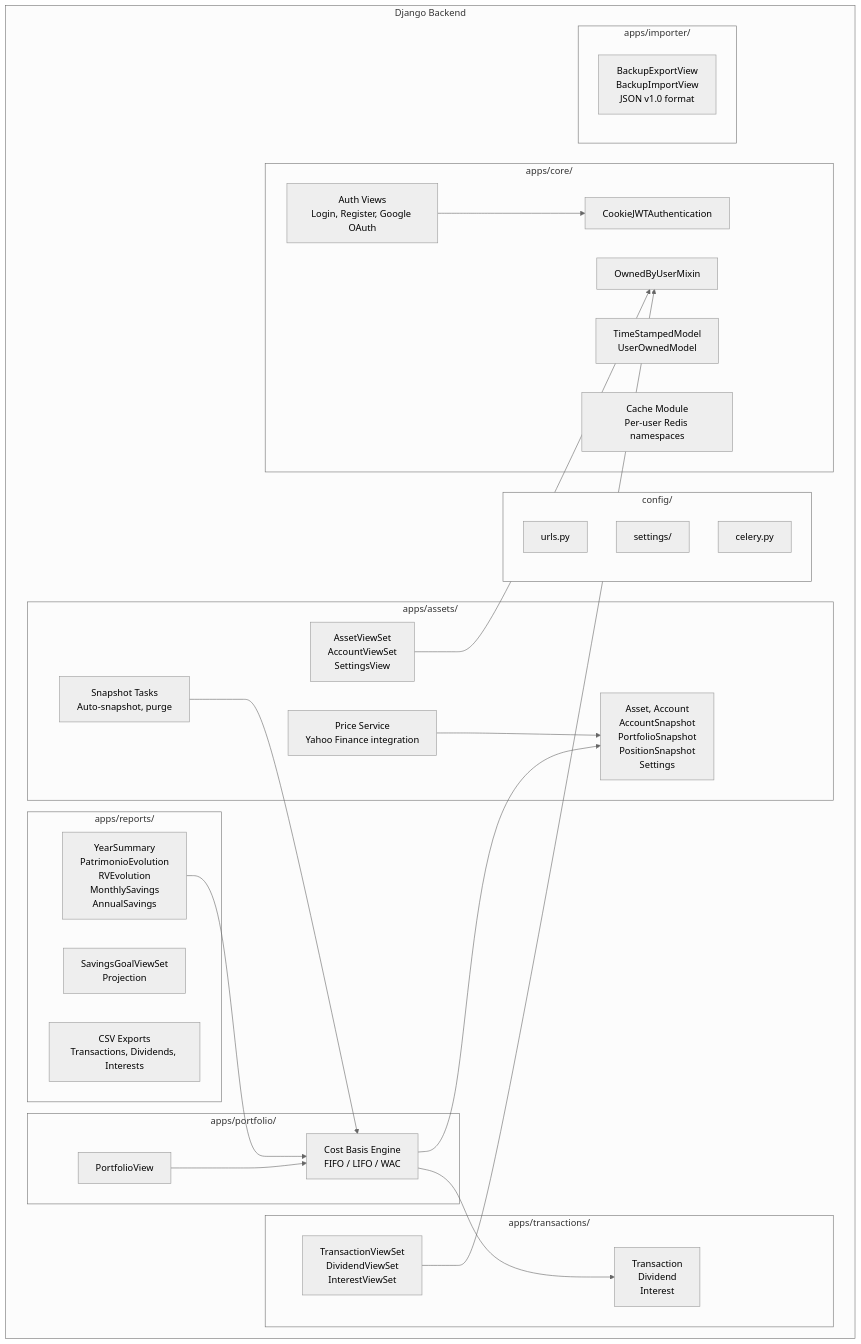
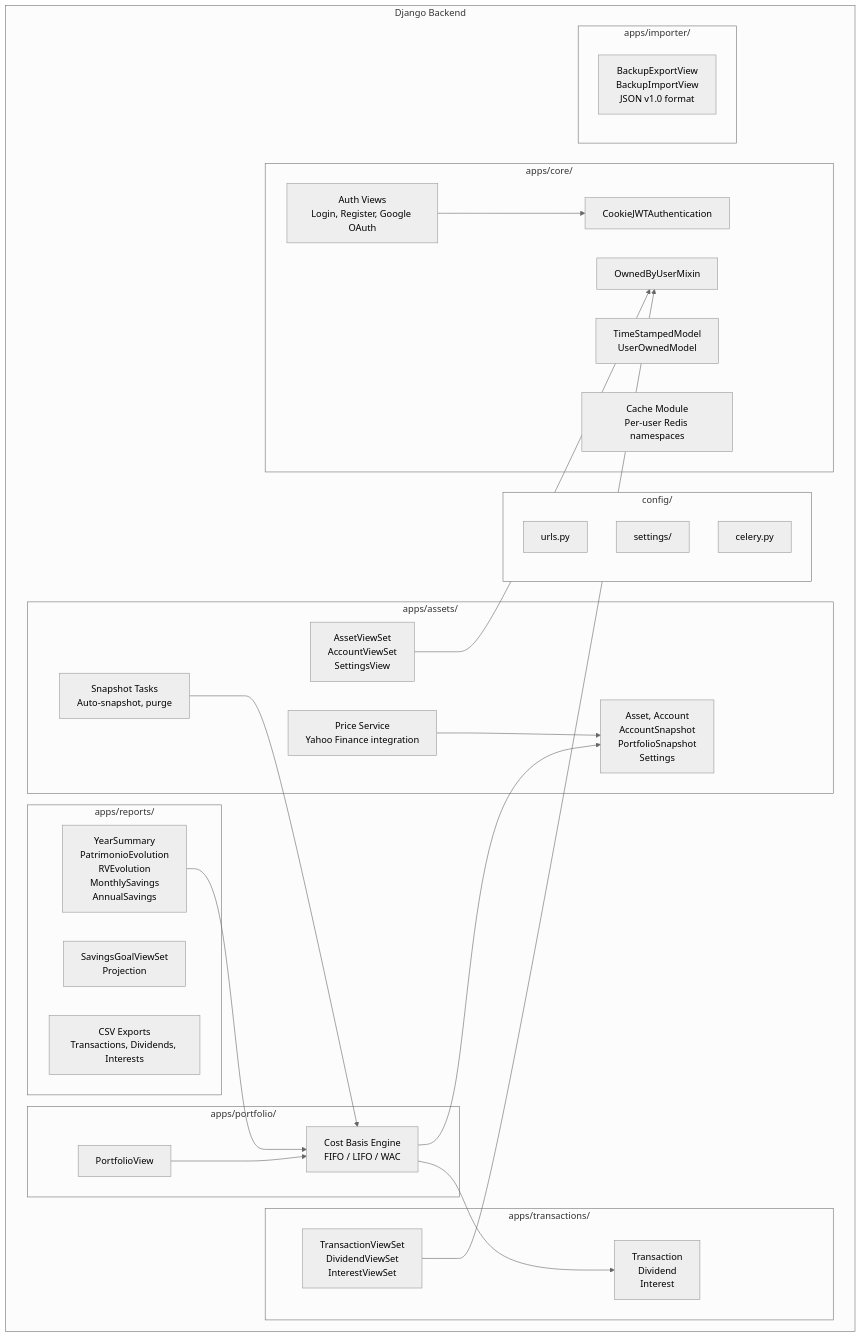
Before and after one commit to Gonzalez8/Fintrack: the third of 9 diagrams in docs/architecture.md, drawn with Mermaid (neutral theme). The commit also changed other lines of this file and 4 other files, not shown here.

````diff
--- a/docs/architecture.md
+++ b/docs/architecture.md
@@ -98,55 +98,55 @@
 ```mermaid
 graph TB
     subgraph "Django Backend"
         subgraph "config/"
             urls[urls.py]
             settings[settings/]
             celery_app[celery.py]
         end
 
         subgraph "apps/core/"
             auth_views[Auth Views<br/>Login, Register, Google OAuth]
             cookie_auth[CookieJWTAuthentication]
             mixins[OwnedByUserMixin]
             base_models[TimeStampedModel<br/>UserOwnedModel]
             cache_mod[Cache Module<br/>Per-user Redis namespaces]
         end
 
         subgraph "apps/assets/"
-            asset_models[Asset, Account<br/>AccountSnapshot<br/>PortfolioSnapshot<br/>PositionSnapshot<br/>Settings]
+            asset_models[Asset, Account<br/>AccountSnapshot<br/>PortfolioSnapshot<br/>Settings]
             asset_views[AssetViewSet<br/>AccountViewSet<br/>SettingsView]
             price_service[Price Service<br/>Yahoo Finance integration]
             snapshot_tasks[Snapshot Tasks<br/>Auto-snapshot, purge]
         end
 
         subgraph "apps/transactions/"
             tx_models[Transaction<br/>Dividend<br/>Interest]
             tx_views[TransactionViewSet<br/>DividendViewSet<br/>InterestViewSet]
         end
 
         subgraph "apps/portfolio/"
             portfolio_engine[Cost Basis Engine<br/>FIFO / LIFO / WAC]
             portfolio_view[PortfolioView]
         end
 
         subgraph "apps/reports/"
             report_views[YearSummary<br/>PatrimonioEvolution<br/>RVEvolution<br/>MonthlySavings<br/>AnnualSavings]
             goals[SavingsGoalViewSet<br/>Projection]
             csv_exports[CSV Exports<br/>Transactions, Dividends, Interests]
         end
 
         subgraph "apps/importer/"
             backup[BackupExportView<br/>BackupImportView<br/>JSON v1.0 format]
         end
     end
 
     auth_views --> cookie_auth
     asset_views --> mixins
     tx_views --> mixins
     portfolio_view --> portfolio_engine
     portfolio_engine --> tx_models
     portfolio_engine --> asset_models
     report_views --> portfolio_engine
     snapshot_tasks --> portfolio_engine
     price_service --> asset_models
 ```
````
